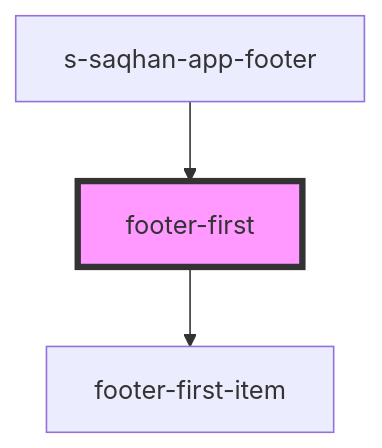
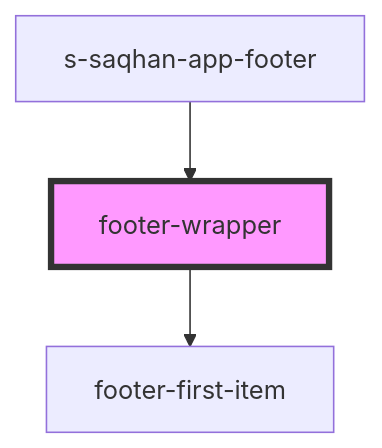
Before and after one commit to saqhan/stencil: the diagram in src/components/res/view/s-saqhan-app-footer/res/view/footer-wrapper/readme.md, drawn with Mermaid. The commit also changed other lines of this file and 26 other files, not shown here.

````diff
--- a/src/components/res/view/s-saqhan-app-footer/res/view/footer-wrapper/readme.md
+++ b/src/components/res/view/s-saqhan-app-footer/res/view/footer-wrapper/readme.md
@@ -33,6 +33,6 @@
 ```mermaid
 graph TD;
-  footer-first --> footer-first-item
-  s-saqhan-app-footer --> footer-first
-  style footer-first fill:#f9f,stroke:#333,stroke-width:4px
+  footer-wrapper --> footer-first-item
+  s-saqhan-app-footer --> footer-wrapper
+  style footer-wrapper fill:#f9f,stroke:#333,stroke-width:4px
 ```
````
